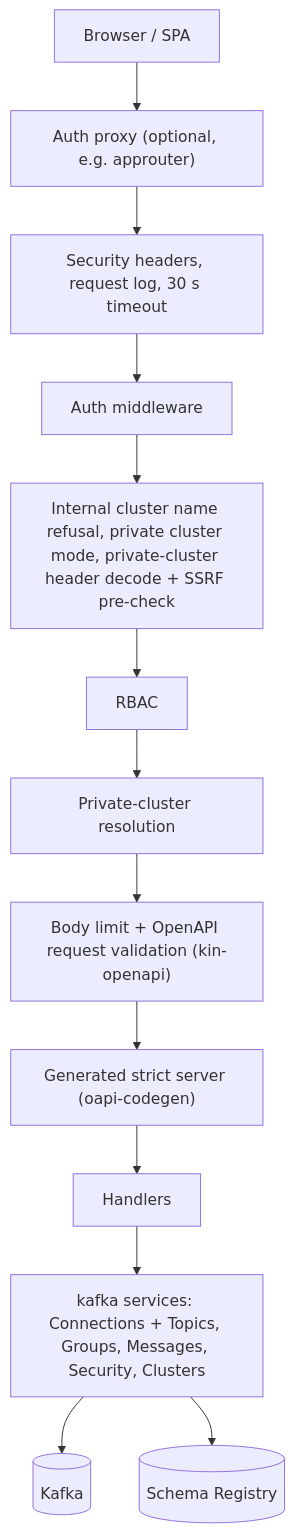
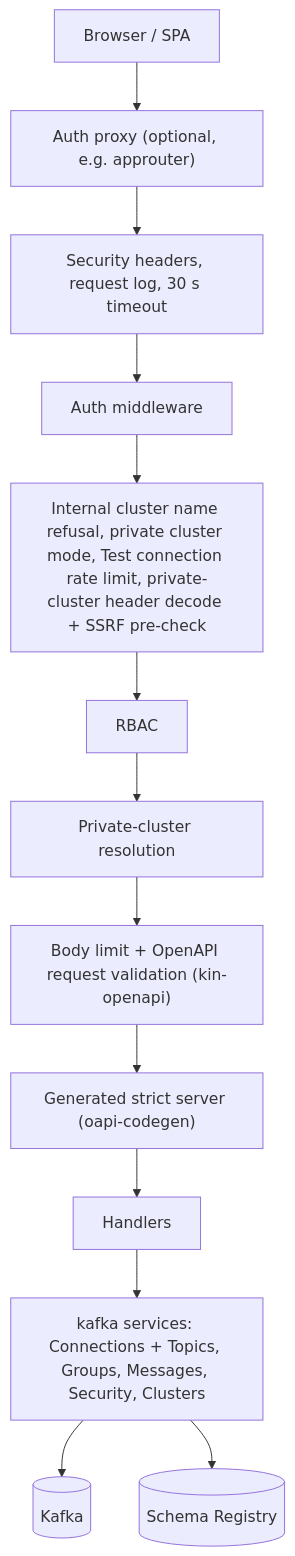
The diagram in docs/architecture.md (FinkeFlo/kafkito), drawn with Mermaid before and after one commit. The commit also changed other lines of this file and 14 other files, not shown here.

First line of the commit message:
feat(server): limit brokers per cluster definition and rate limit connection tests

````diff
--- a/docs/architecture.md
+++ b/docs/architecture.md
@@ -12,15 +12,15 @@
 ```mermaid
 flowchart TD
     B[Browser / SPA] --> P["Auth proxy (optional, e.g. approuter)"]
     P --> M["Security headers, request log, 30 s timeout"]
     M --> A[Auth middleware]
-    A --> PC["Internal cluster name refusal, private cluster mode, private-cluster header decode + SSRF pre-check"]
+    A --> PC["Internal cluster name refusal, private cluster mode, Test connection rate limit, private-cluster header decode + SSRF pre-check"]
     PC --> R[RBAC]
     R --> PR[Private-cluster resolution]
     PR --> V["Body limit + OpenAPI request validation (kin-openapi)"]
     V --> S["Generated strict server (oapi-codegen)"]
     S --> H[Handlers]
     H --> K["kafka services: Connections + Topics, Groups, Messages, Security, Clusters"]
     K --> KB[(Kafka)]
     K --> SR[(Schema Registry)]
 ```
````
